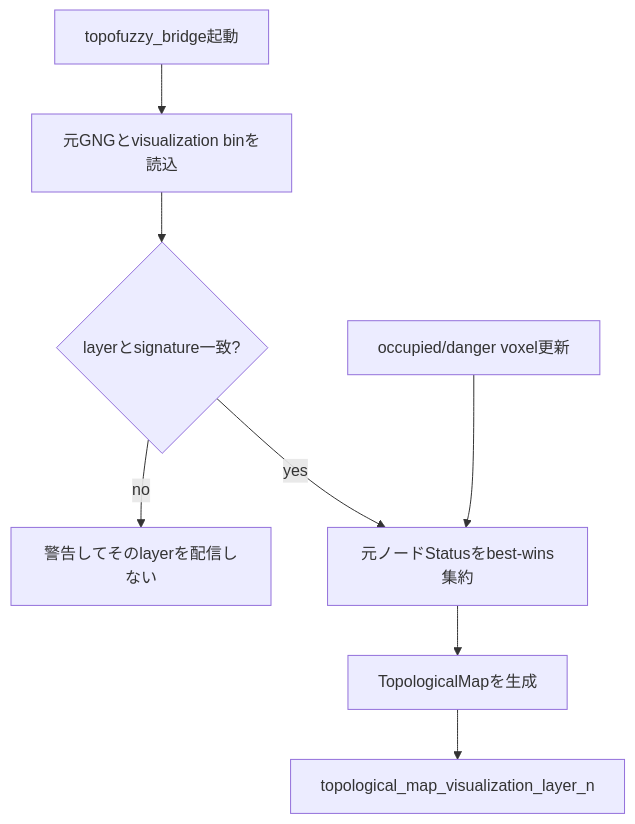
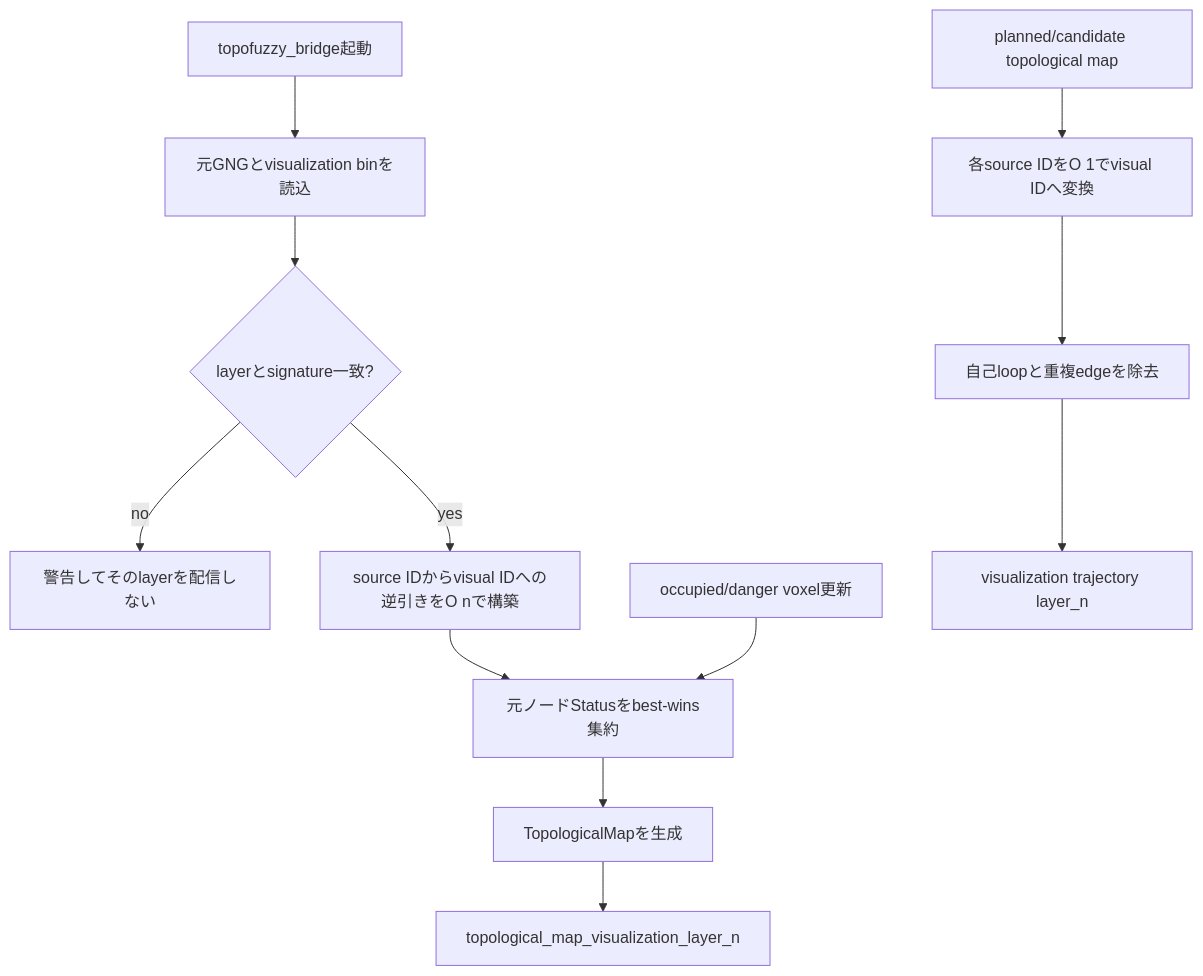
The seventh of 7 diagrams in gng_vlut_system/docs/TECHNICAL_SPEC.md (uraki-UH/arm_avoidance), drawn with Mermaid before and after one commit. The commit also changed other lines of this file and 8 other files, not shown here.

````diff
--- a/gng_vlut_system/docs/TECHNICAL_SPEC.md
+++ b/gng_vlut_system/docs/TECHNICAL_SPEC.md
@@ -501,10 +524,14 @@
 ```mermaid
 flowchart TD
     A[topofuzzy_bridge起動] --> B[元GNGとvisualization binを読込]
     B --> C{layerとsignature一致?}
     C -- no --> D[警告してそのlayerを配信しない]
-    C -- yes --> E[元ノードStatusをbest-wins集約]
-    E --> F[TopologicalMapを生成]
-    F --> G[topological_map_visualization_layer_n]
-    H[occupied/danger voxel更新] --> E
+    C -- yes --> E[source IDからvisual IDへの逆引きをO nで構築]
+    E --> F[元ノードStatusをbest-wins集約]
+    F --> G[TopologicalMapを生成]
+    G --> H[topological_map_visualization_layer_n]
+    I[occupied/danger voxel更新] --> F
+    J[planned/candidate topological map] --> K[各source IDをO 1でvisual IDへ変換]
+    K --> L[自己loopと重複edgeを除去]
+    L --> M[visualization trajectory layer_n]
 ```
````
